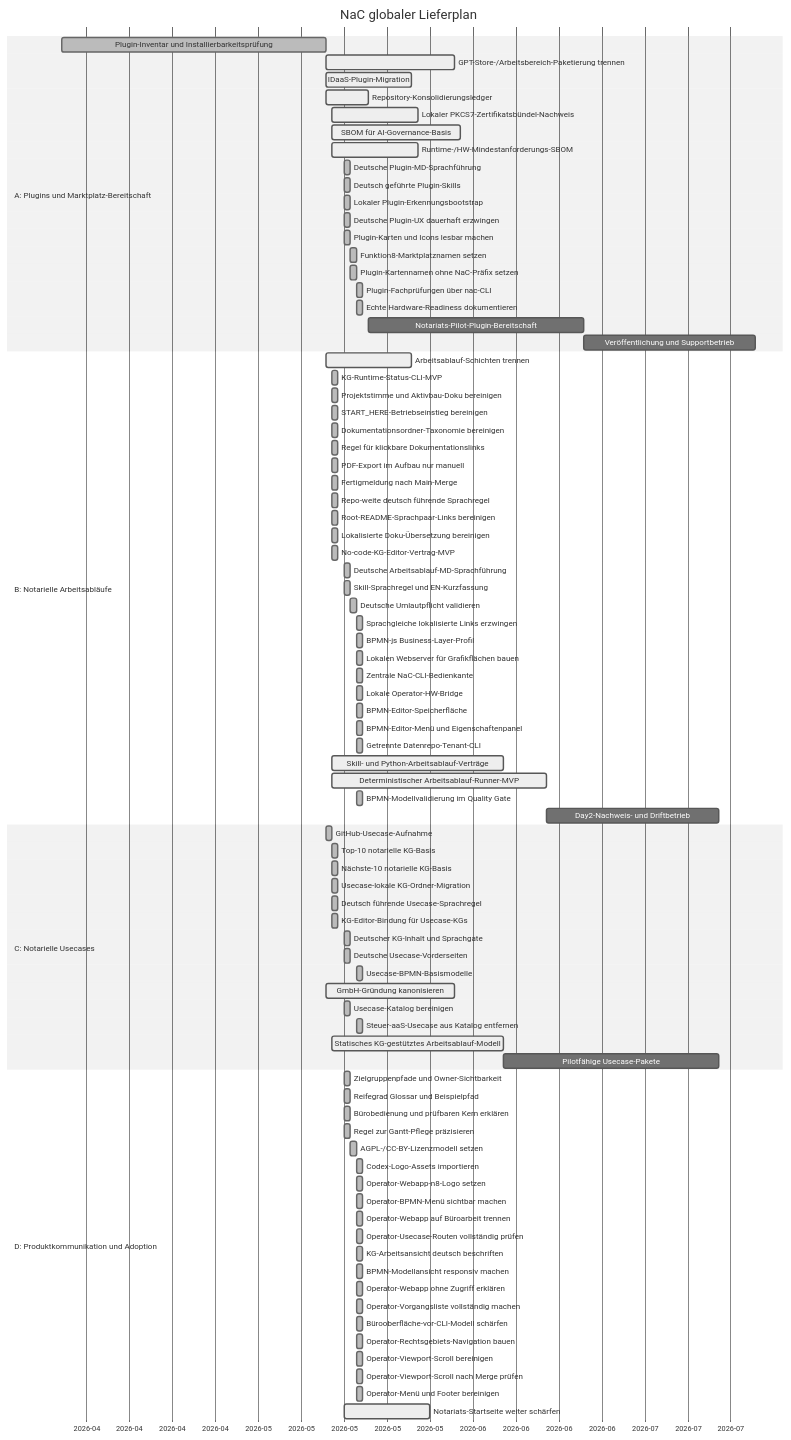
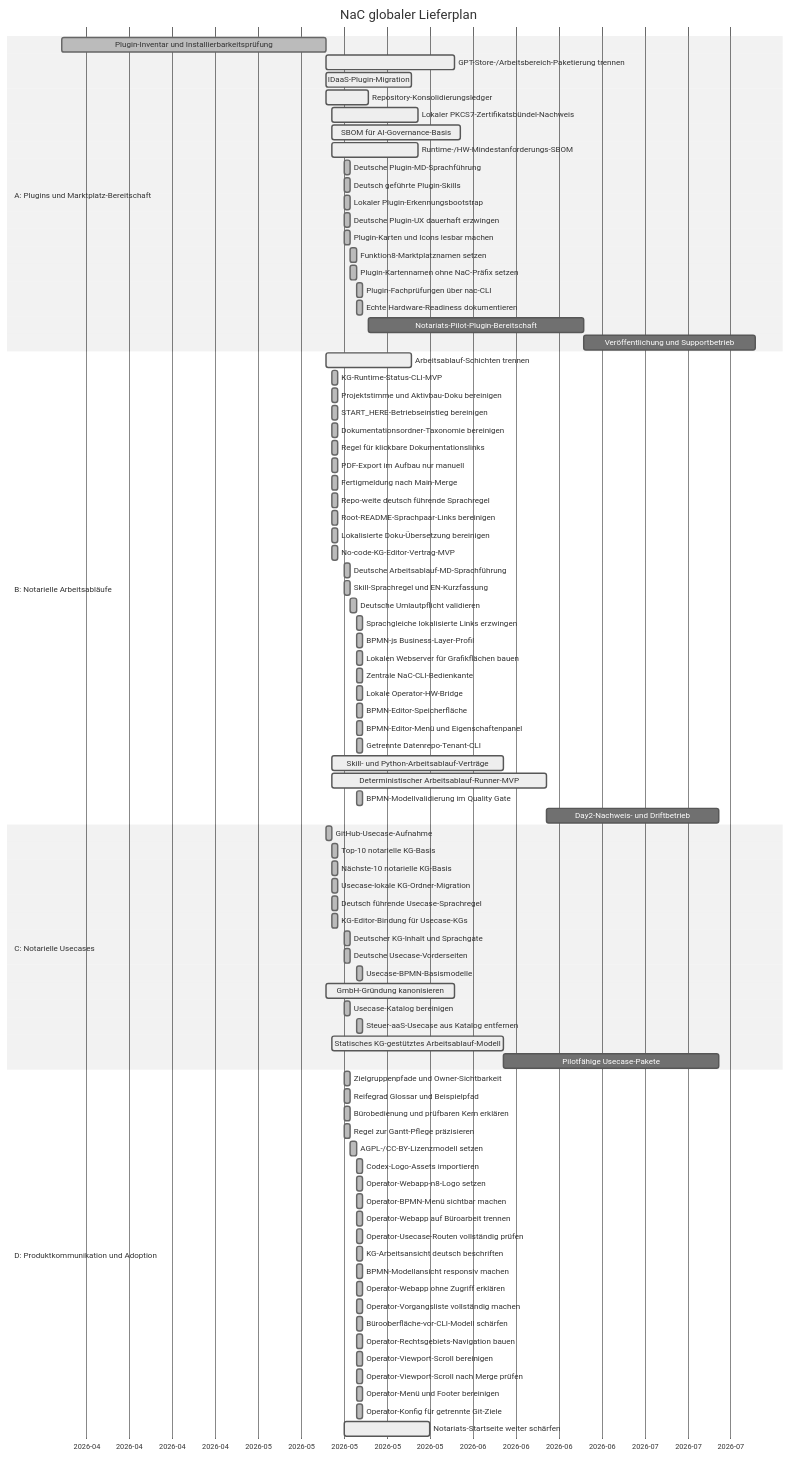
One commit to notariat8/NaC changed the diagram in roadmap/GANTT.md. Above: the diagram before and after it, drawn with Mermaid (neutral theme). The commit also changed other lines of this file and 8 other files, not shown here.

Commit message:
Add operator Git config menu

````diff
--- a/roadmap/GANTT.md
+++ b/roadmap/GANTT.md
@@ -102,5 +102,6 @@
     Operator-Viewport-Scroll bereinigen          :done,    d1p, 2026-05-19, 1d
     Operator-Viewport-Scroll nach Merge prüfen   :done,    d1q, 2026-05-19, 1d
     Operator-Menü und Footer bereinigen          :done,    d1r, 2026-05-19, 1d
+    Operator-Konfig für getrennte Git-Ziele      :done,    d1s, 2026-05-19, 1d
     Notariats-Startseite weiter schärfen        :active,  d2, 2026-05-17, 14d
 ```
````
